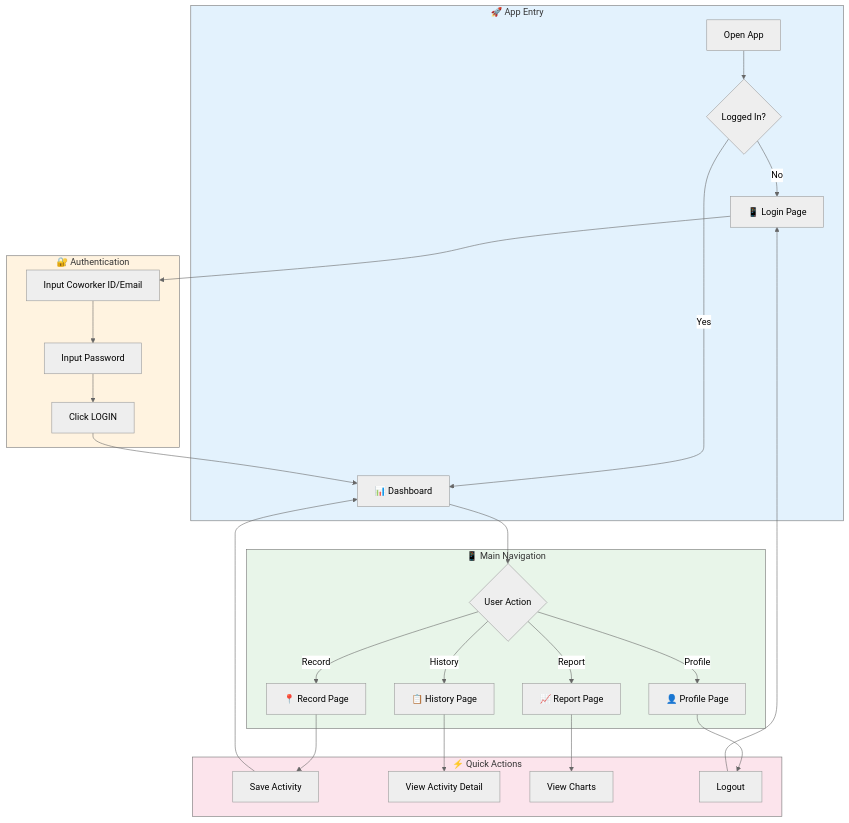
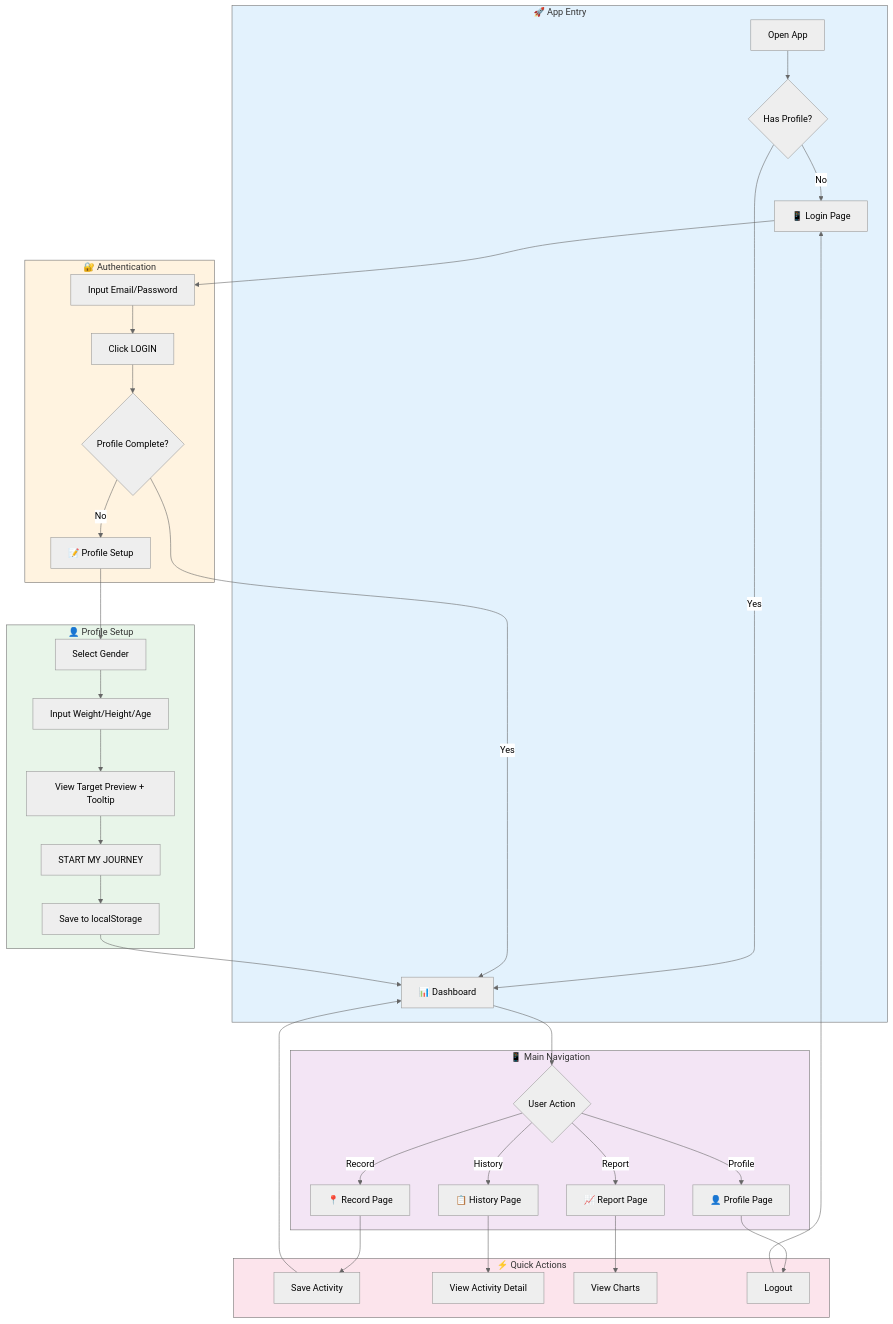
One commit to ilhaminudin24/ITDigital-wellbeing changed the first of 10 diagrams in docs/project_analysis.md. Above: the diagram before and after it, drawn with Mermaid (neutral theme). The commit also changed other lines of this file and 8 other files, not shown here.

````diff
--- a/docs/project_analysis.md
+++ b/docs/project_analysis.md
@@ -73,37 +80,48 @@
 ```mermaid
 flowchart TD
     subgraph Entry["🚀 App Entry"]
-        A[Open App] --> B{Logged In?}
+        A[Open App] --> B{Has Profile?}
         B -->|No| C[📱 Login Page]
         B -->|Yes| D[📊 Dashboard]
     end
 
     subgraph Auth["🔐 Authentication"]
-        C --> E[Input Coworker ID/Email]
-        E --> F[Input Password]
-        F --> G[Click LOGIN]
-        G --> D
+        C --> E[Input Email/Password]
+        E --> F[Click LOGIN]
+        F --> G{Profile Complete?}
+        G -->|No| H[📝 Profile Setup]
+        G -->|Yes| D
+    end
+
+    subgraph Profile["👤 Profile Setup"]
+        H --> I[Select Gender]
+        I --> J[Input Weight/Height/Age]
+        J --> K[View Target Preview + Tooltip]
+        K --> L[START MY JOURNEY]
+        L --> M[Save to localStorage]
+        M --> D
     end
 
     subgraph Main["📱 Main Navigation"]
-        D --> H{User Action}
-        H -->|Record| I[📍 Record Page]
-        H -->|History| J[📋 History Page]
-        H -->|Report| K[📈 Report Page]
-        H -->|Profile| L[👤 Profile Page]
+        D --> N{User Action}
+        N -->|Record| O[📍 Record Page]
+        N -->|History| P[📋 History Page]
+        N -->|Report| Q[📈 Report Page]
+        N -->|Profile| R[👤 Profile Page]
     end
 
     subgraph Actions["⚡ Quick Actions"]
-        I --> M[Save Activity]
-        M --> D
-        J --> N[View Activity Detail]
-        K --> O[View Charts]
-        L --> P[Logout]
-        P --> C
+        O --> S[Save Activity]
+        S --> D
+        P --> T[View Activity Detail]
+        Q --> U[View Charts]
+        R --> V[Logout]
+        V --> C
     end
 
     style Entry fill:#e3f2fd
     style Auth fill:#fff3e0
-    style Main fill:#e8f5e9
+    style Profile fill:#e8f5e9
+    style Main fill:#f3e5f5
     style Actions fill:#fce4ec
 ```
````
